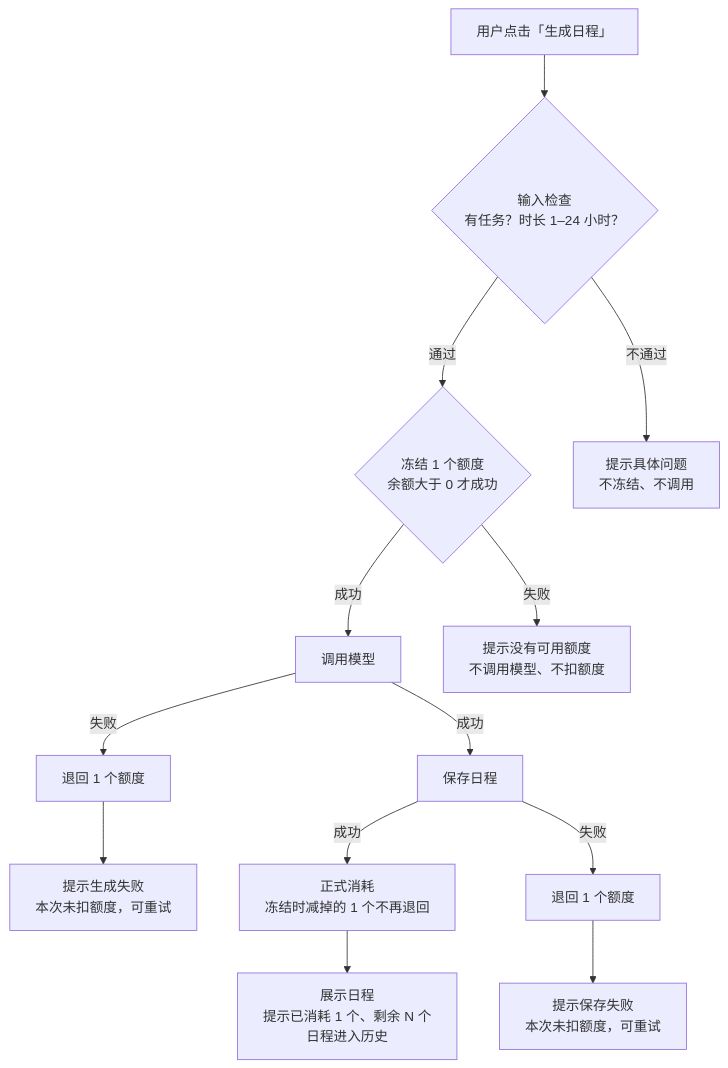
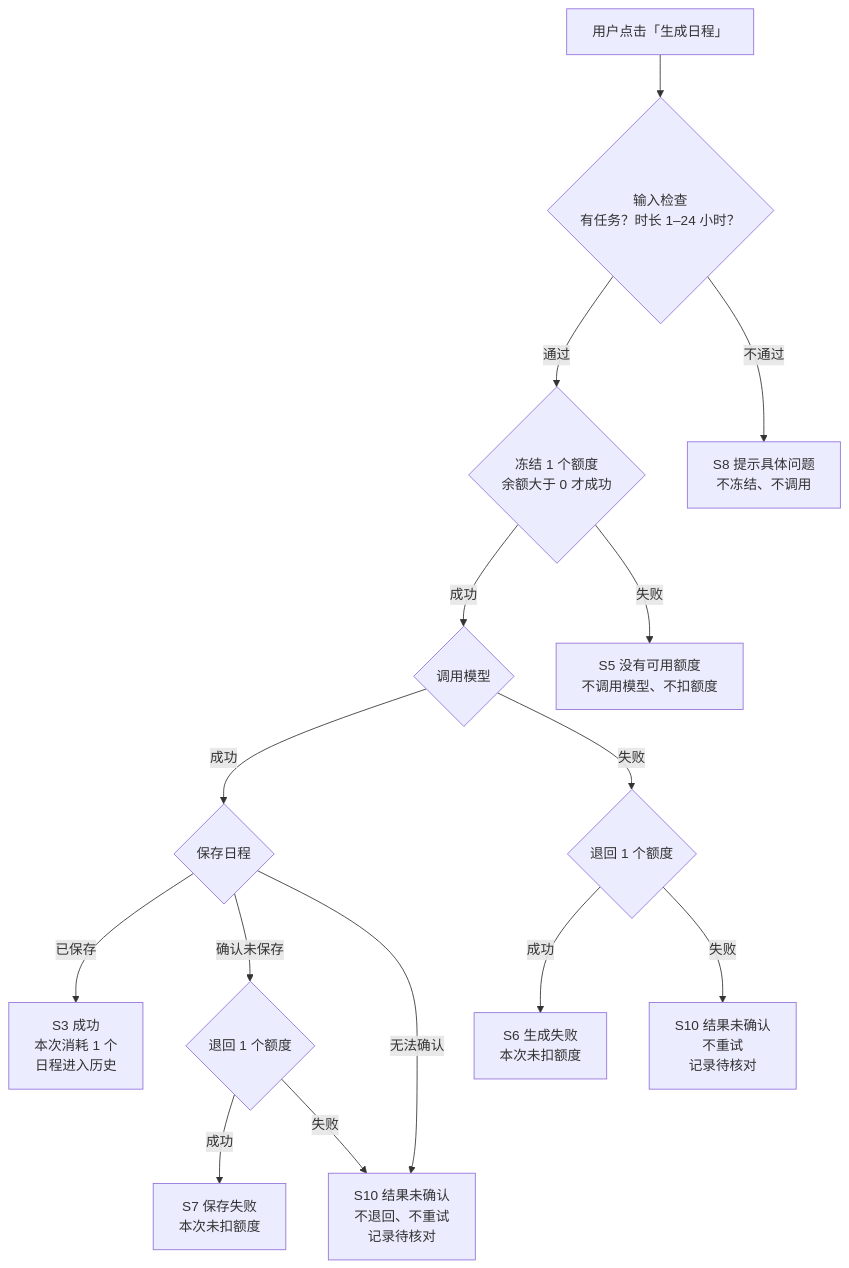
Before and after one commit to Wu030616/task-planner-interview: the second of 3 diagrams in docs/product/01-solution.md, drawn with Mermaid. The commit also changed other lines of this file and 17 other files, not shown here.

````diff
--- a/docs/product/01-solution.md
+++ b/docs/product/01-solution.md
@@ -95,15 +111,17 @@
 ```mermaid
 flowchart TD
     A[用户点击「生成日程」] --> B{输入检查<br/>有任务？时长 1–24 小时？}
     B -- 通过 --> C{冻结 1 个额度<br/>余额大于 0 才成功}
-    B -- 不通过 --> B1[提示具体问题<br/>不冻结、不调用]
-    C -- 成功 --> D[调用模型]
-    C -- 失败 --> C1[提示没有可用额度<br/>不调用模型、不扣额度]
-    D -- 成功 --> F[保存日程]
-    D -- 失败 --> E[退回 1 个额度]
-    E --> E1[提示生成失败<br/>本次未扣额度，可重试]
-    F -- 成功 --> H[正式消耗<br/>冻结时减掉的 1 个不再退回]
-    F -- 失败 --> G[退回 1 个额度]
-    G --> G1[提示保存失败<br/>本次未扣额度，可重试]
-    H --> H1[展示日程<br/>提示已消耗 1 个、剩余 N 个<br/>日程进入历史]
+    B -- 不通过 --> B1[S8 提示具体问题<br/>不冻结、不调用]
+    C -- 成功 --> D{调用模型}
+    C -- 失败 --> C1[S5 没有可用额度<br/>不调用模型、不扣额度]
+    D -- 成功 --> F{保存日程}
+    D -- 失败 --> E{退回 1 个额度}
+    F -- 已保存 --> H[S3 成功<br/>本次消耗 1 个<br/>日程进入历史]
+    F -- 确认未保存 --> G{退回 1 个额度}
+    F -- 无法确认 --> U1[S10 结果未确认<br/>不退回、不重试<br/>记录待核对]
+    G -- 成功 --> G1[S7 保存失败<br/>本次未扣额度]
+    G -- 失败 --> U1
+    E -- 成功 --> E1[S6 生成失败<br/>本次未扣额度]
+    E -- 失败 --> U2[S10 结果未确认<br/>不重试<br/>记录待核对]
 ```
````
